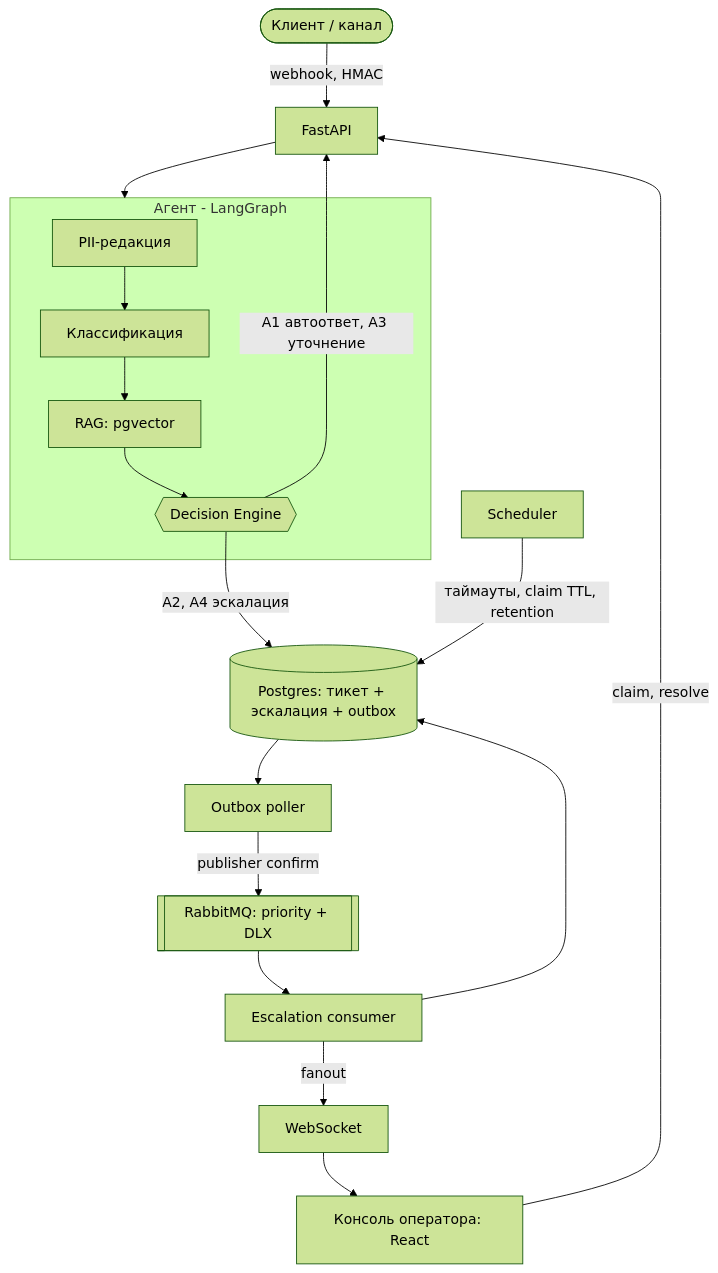
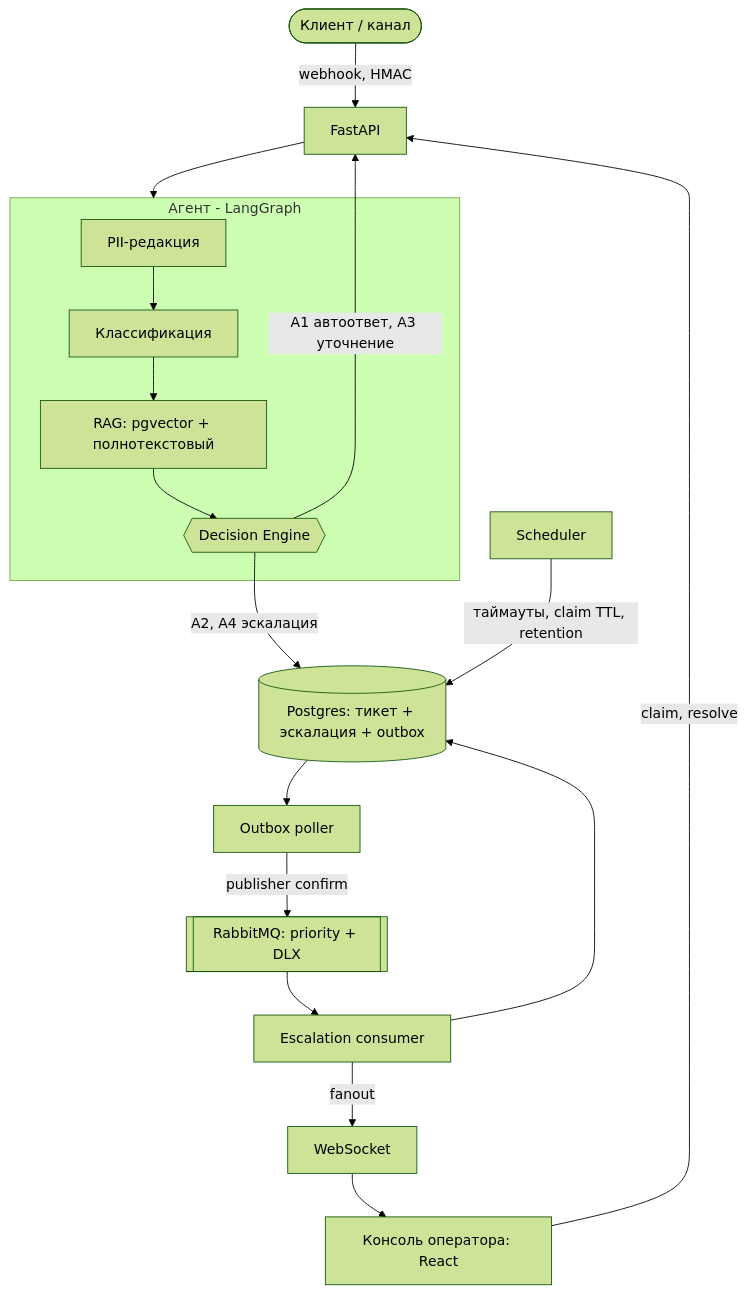
The diagram in README.md (Vladee101/supporta), drawn with Mermaid (forest theme) before and after one commit. The commit also changed other lines of this file and 9 other files, not shown here.

````diff
--- a/README.md
+++ b/README.md
@@ -29,16 +30,16 @@
 ```mermaid
 flowchart TB
     client(["Клиент / канал"]) -->|"webhook, HMAC"| api["FastAPI"]
     subgraph agent["Агент - LangGraph"]
-        pii["PII-редакция"] --> cls["Классификация"] --> rag["RAG: pgvector"] --> de{{"Decision Engine"}}
+        pii["PII-редакция"] --> cls["Классификация"] --> rag["RAG: pgvector + полнотекстовый"] --> de{{"Decision Engine"}}
     end
     api --> agent
     de -->|"A1 автоответ, A3 уточнение"| api
     de -->|"A2, A4 эскалация"| tx[("Postgres: тикет + эскалация + outbox")]
     tx --> poller["Outbox poller"] -->|"publisher confirm"| mq[["RabbitMQ: priority + DLX"]]
     mq --> consumer["Escalation consumer"] --> tx
     consumer -->|"fanout"| ws["WebSocket"]
     ws --> console["Консоль оператора: React"]
     console -->|"claim, resolve"| api
     scheduler["Scheduler"] -->|"таймауты, claim TTL, retention"| tx
 ```
````
